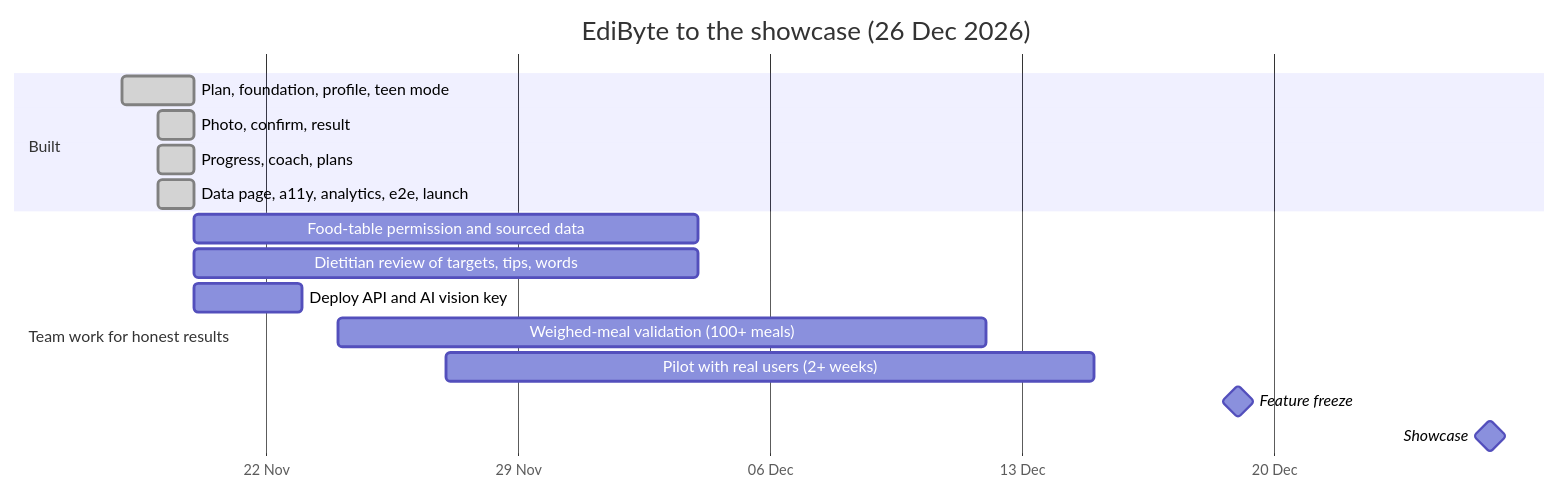
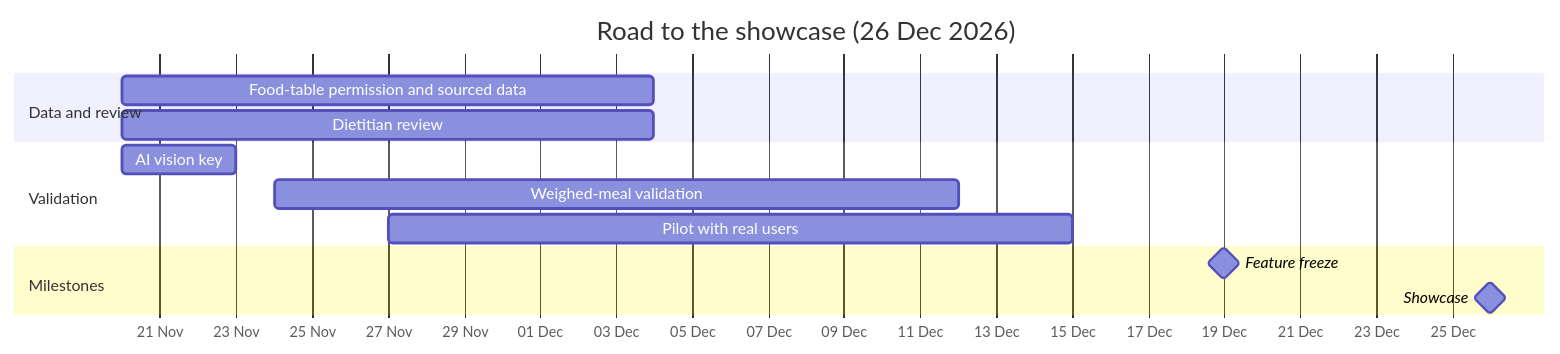
The sixth of 6 diagrams in README.md (es-ratt/edibyte), drawn with Mermaid before and after one commit. The commit also changed other lines of this file, not shown here.

First line of the commit message:
docs: rewrite README for a professional, team-first presentation

````diff
--- a/README.md
+++ b/README.md
@@ -408,19 +406,16 @@
 ```mermaid
 gantt
-    title EdiByte to the showcase (26 Dec 2026)
+    title Road to the showcase (26 Dec 2026)
     dateFormat YYYY-MM-DD
     axisFormat %d %b
-    section Built
-    Plan, foundation, profile, teen mode      :done, a, 2026-11-18, 2d
-    Photo, confirm, result                    :done, b, 2026-11-19, 1d
-    Progress, coach, plans                    :done, c, 2026-11-19, 1d
-    Data page, a11y, analytics, e2e, launch   :done, d, 2026-11-19, 1d
-    section Team work for honest results
-    Food-table permission and sourced data    :t1, 2026-11-20, 14d
-    Dietitian review of targets, tips, words  :t2, 2026-11-20, 14d
-    Deploy API and AI vision key              :t3, 2026-11-20, 3d
-    Weighed-meal validation (100+ meals)      :t4, 2026-11-24, 18d
-    Pilot with real users (2+ weeks)          :t5, 2026-11-27, 18d
-    Feature freeze                            :milestone, 2026-12-19, 0d
-    Showcase                                  :milestone, 2026-12-26, 0d
+    section Data and review
+    Food-table permission and sourced data   :t1, 2026-11-20, 14d
+    Dietitian review                         :t2, 2026-11-20, 14d
+    section Validation
+    AI vision key                            :t3, 2026-11-20, 3d
+    Weighed-meal validation                  :t4, 2026-11-24, 18d
+    Pilot with real users                    :t5, 2026-11-27, 18d
+    section Milestones
+    Feature freeze                           :milestone, 2026-12-19, 0d
+    Showcase                                 :milestone, 2026-12-26, 0d
 ```
````
